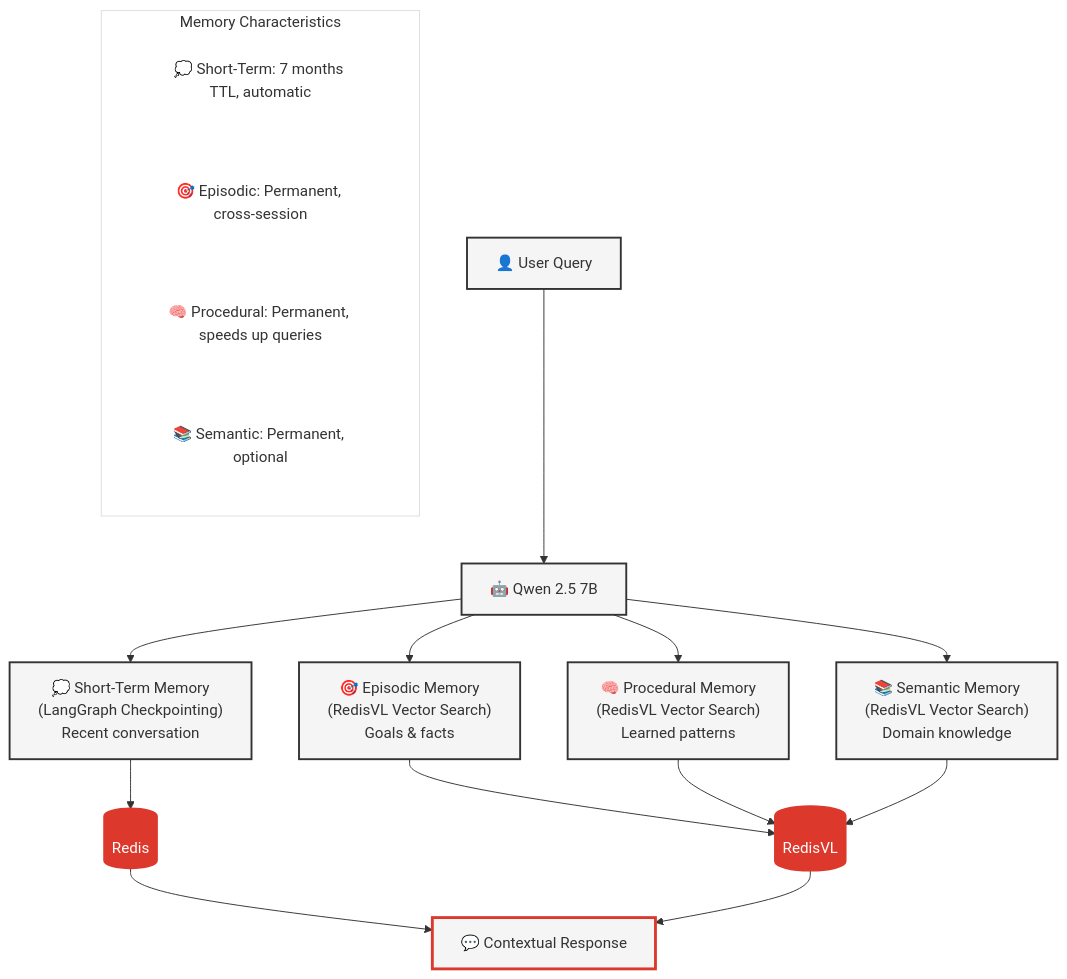
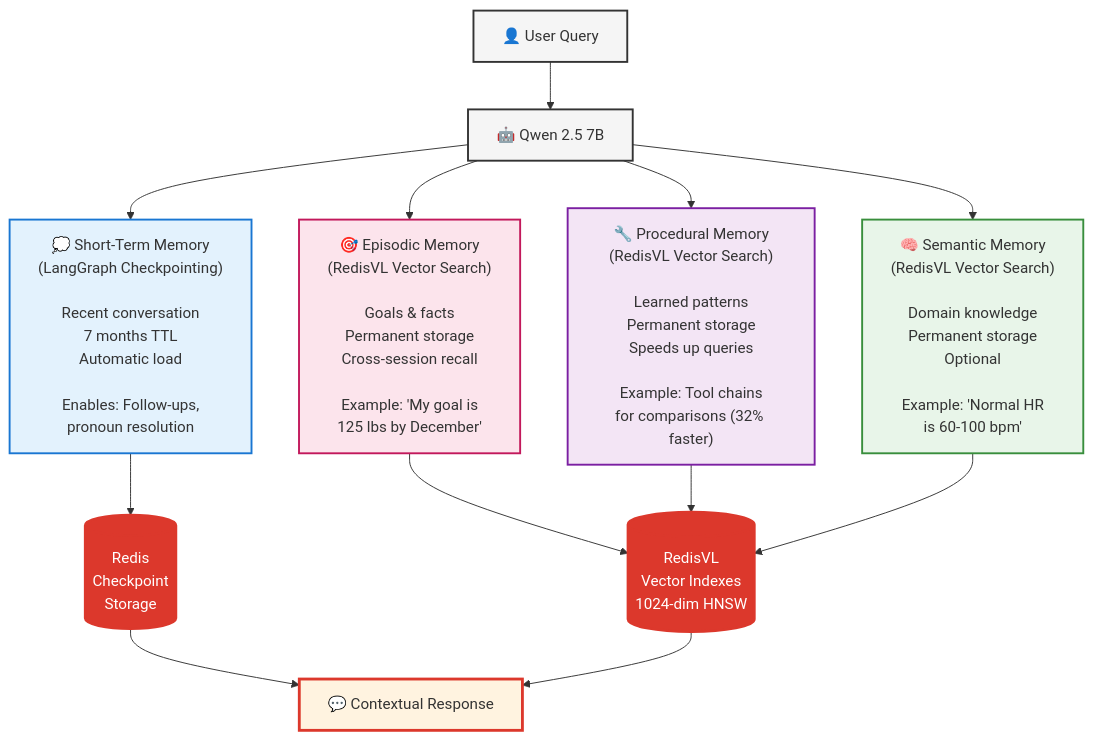
One commit to AllieRays/redis-wellness changed the diagram in docs/10_MEMORY_ARCHITECTURE.md. Above: the diagram before and after it, drawn with Mermaid. The commit also changed other lines of this file and 12 other files, not shown here.

````diff
--- a/docs/10_MEMORY_ARCHITECTURE.md
+++ b/docs/10_MEMORY_ARCHITECTURE.md
@@ -21,39 +21,27 @@
 ```mermaid
 flowchart TD
     User[👤 User Query] --> Agent[🤖 Qwen 2.5 7B]
 
-    Agent --> STM["💭 Short-Term Memory<br/>(LangGraph Checkpointing)<br/>Recent conversation"]
-    Agent --> EM["🎯 Episodic Memory<br/>(RedisVL Vector Search)<br/>Goals & facts"]
-    Agent --> PM["🧠 Procedural Memory<br/>(RedisVL Vector Search)<br/>Learned patterns"]
-    Agent --> SM["📚 Semantic Memory<br/>(RedisVL Vector Search)<br/>Domain knowledge"]
+    Agent --> STM["💭 Short-Term Memory<br/>(LangGraph Checkpointing)<br/><br/>Recent conversation<br/>7 months TTL<br/>Automatic load<br/><br/>Enables: Follow-ups,<br/>pronoun resolution"]
+    Agent --> EM["🎯 Episodic Memory<br/>(RedisVL Vector Search)<br/><br/>Goals & facts<br/>Permanent storage<br/>Cross-session recall<br/><br/>Example: 'My goal is<br/>125 lbs by December'"]
+    Agent --> PM["🔧 Procedural Memory<br/>(RedisVL Vector Search)<br/><br/>Learned patterns<br/>Permanent storage<br/>Speeds up queries<br/><br/>Example: Tool chains<br/>for comparisons (32% faster)"]
+    Agent --> SM["🧠 Semantic Memory<br/>(RedisVL Vector Search)<br/><br/>Domain knowledge<br/>Permanent storage<br/>Optional<br/><br/>Example: 'Normal HR<br/>is 60-100 bpm'"]
 
-    STM --> Redis[(Redis)]
-    EM --> RedisVL[(RedisVL)]
+    STM --> Redis[(Redis<br/>Checkpoint<br/>Storage)]
+    EM --> RedisVL[(RedisVL<br/>Vector Indexes<br/>1024-dim HNSW)]
     PM --> RedisVL
     SM --> RedisVL
 
     Redis --> Response[💬 Contextual Response]
     RedisVL --> Response
 
-    subgraph legend["Memory Characteristics"]
-        L1["💭 Short-Term: 7 months TTL, automatic"]
-        L2["🎯 Episodic: Permanent, cross-session"]
-        L3["🧠 Procedural: Permanent, speeds up queries"]
-        L4["📚 Semantic: Permanent, optional"]
-    end
-
     style User fill:#f5f5f5,stroke:#333,stroke-width:2px
     style Agent fill:#f5f5f5,stroke:#333,stroke-width:2px
-    style STM fill:#f5f5f5,stroke:#333,stroke-width:2px
-    style EM fill:#f5f5f5,stroke:#333,stroke-width:2px
-    style PM fill:#f5f5f5,stroke:#333,stroke-width:2px
-    style SM fill:#f5f5f5,stroke:#333,stroke-width:2px
+    style STM fill:#e3f2fd,stroke:#1976d2,stroke-width:2px
+    style EM fill:#fce4ec,stroke:#c2185b,stroke-width:2px
+    style PM fill:#f3e5f5,stroke:#7b1fa2,stroke-width:2px
+    style SM fill:#e8f5e9,stroke:#388e3c,stroke-width:2px
     style Redis fill:#DC382C,stroke:#DC382C,stroke-width:3px,color:#fff
     style RedisVL fill:#DC382C,stroke:#DC382C,stroke-width:3px,color:#fff
-    style Response fill:#f5f5f5,stroke:#DC382C,stroke-width:3px
-    style legend fill:#fff,stroke:#ddd,stroke-width:1px
-    style L1 fill:#fff,stroke:none
-    style L2 fill:#fff,stroke:none
-    style L3 fill:#fff,stroke:none
-    style L4 fill:#fff,stroke:none
+    style Response fill:#fff3e0,stroke:#DC382C,stroke-width:3px
 ```
````
